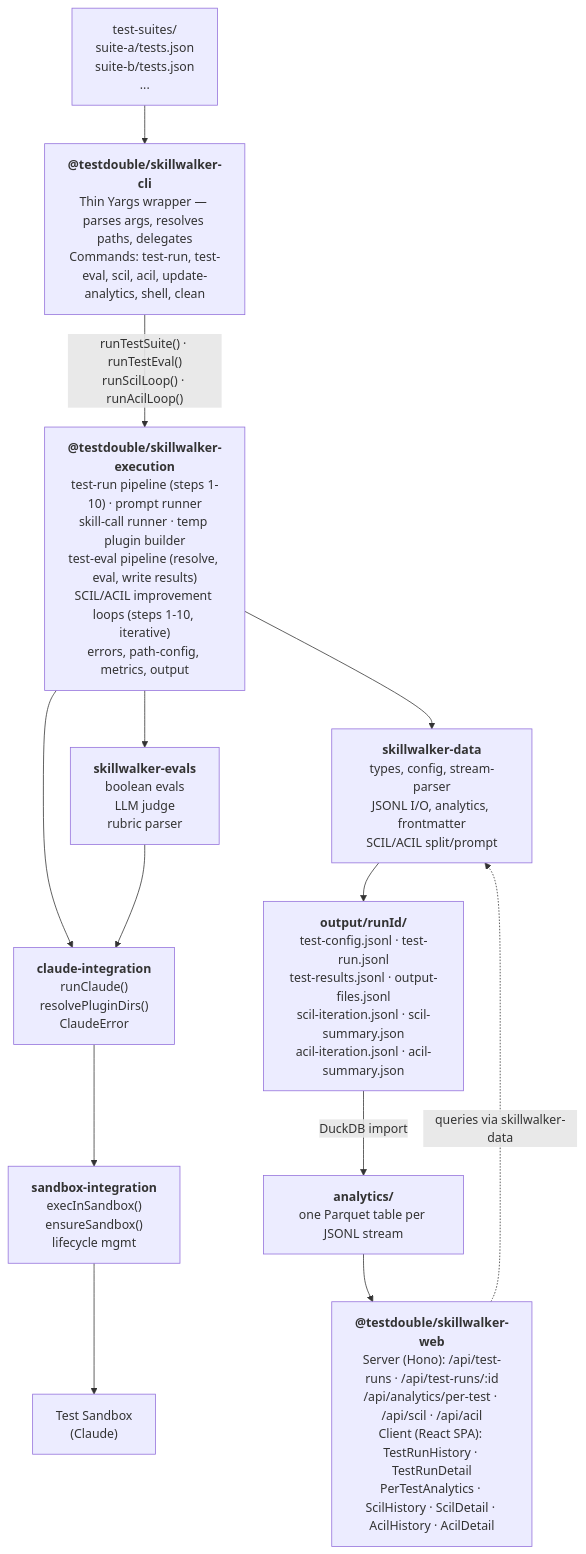
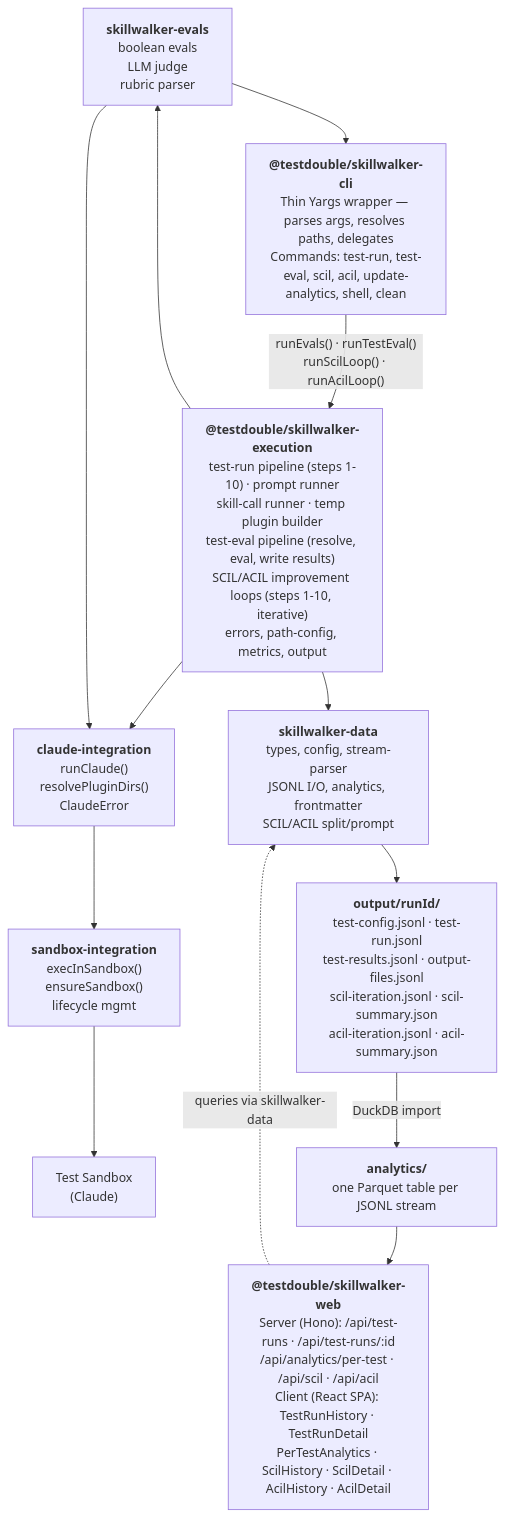
One commit to testdouble/skills-test-harness changed the first of 5 diagrams in docs/skillwalker-architecture.md. Above: the diagram before and after it, drawn with Mermaid. The commit also changed other lines of this file and 432 other files, not shown here.

First line of the commit message:
refactor: rename test suites to evals

````diff
--- a/docs/skillwalker-architecture.md
+++ b/docs/skillwalker-architecture.md
@@ -31,33 +31,33 @@
 ```mermaid
 flowchart TB
-    suites["test-suites/<br>suite-a/tests.json<br>suite-b/tests.json<br>..."]
+    evals["evals/<br>eval-a/tests.json<br>eval-b/tests.json<br>..."]
 
     cli["<b>@testdouble/skillwalker-cli</b><br>Thin Yargs wrapper — parses args, resolves paths, delegates<br>Commands: test-run, test-eval, scil, acil, update-analytics, shell, clean"]
 
     exec["<b>@testdouble/skillwalker-execution</b><br>test-run pipeline (steps 1-10) · prompt runner<br>skill-call runner · temp plugin builder<br>test-eval pipeline (resolve, eval, write results)<br>SCIL/ACIL improvement loops (steps 1-10, iterative)<br>errors, path-config, metrics, output"]
 
     evals["<b>skillwalker-evals</b><br>boolean evals<br>LLM judge<br>rubric parser"]
     claude["<b>claude-integration</b><br>runClaude()<br>resolvePluginDirs()<br>ClaudeError"]
     data["<b>skillwalker-data</b><br>types, config, stream-parser<br>JSONL I/O, analytics, frontmatter<br>SCIL/ACIL split/prompt"]
 
     sandboxPkg["<b>sandbox-integration</b><br>execInSandbox()<br>ensureSandbox()<br>lifecycle mgmt"]
     sandbox["Test Sandbox<br>(Claude)"]
 
     output["<b>output/runId/</b><br>test-config.jsonl · test-run.jsonl<br>test-results.jsonl · output-files.jsonl<br>scil-iteration.jsonl · scil-summary.json<br>acil-iteration.jsonl · acil-summary.json"]
     analytics["<b>analytics/</b><br>one Parquet table per JSONL stream"]
 
     web["<b>@testdouble/skillwalker-web</b><br>Server (Hono): /api/test-runs · /api/test-runs/:id<br>/api/analytics/per-test · /api/scil · /api/acil<br>Client (React SPA): TestRunHistory · TestRunDetail<br>PerTestAnalytics · ScilHistory · ScilDetail · AcilHistory · AcilDetail"]
 
-    suites --> cli
-    cli -->|"runTestSuite() · runTestEval()<br>runScilLoop() · runAcilLoop()"| exec
+    evals --> cli
+    cli -->|"runEvals() · runTestEval()<br>runScilLoop() · runAcilLoop()"| exec
     exec --> evals
     exec --> claude
     exec --> data
     evals --> claude
     claude --> sandboxPkg
     sandboxPkg --> sandbox
     data --> output
     output -->|"DuckDB import"| analytics
     analytics --> web
     web -.->|"queries via skillwalker-data"| data
 ```
````
